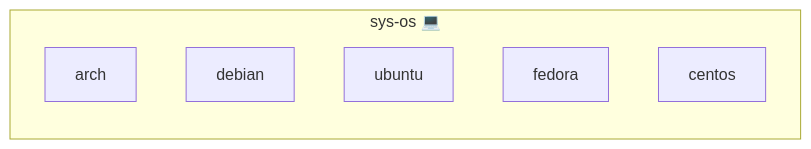
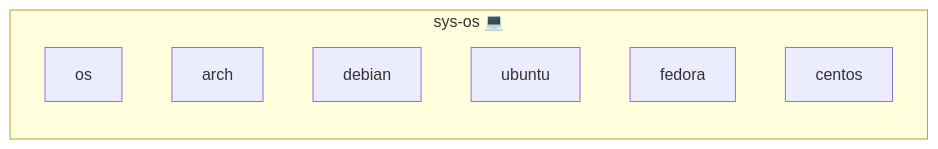
Before and after one commit to infinito-nexus/core: the diagram in roles/sys-os/README.md, drawn with Mermaid.

Commit message:
docs(sys-os): draw the primary entity in the Cosmos diagram
The README's Cosmos diagram left out the os entity that
derive_cosmos_mermaid renders, so `make docs` with --update-cosmos would
rewrite the file. The diagram now matches the generator line for line.

````diff
--- a/roles/sys-os/README.md
+++ b/roles/sys-os/README.md
@@ -15,10 +15,11 @@
 ```mermaid
 flowchart LR
     subgraph role [sys-os 💻]
+        svc_os["os"]
         svc_arch["arch"]
         svc_debian["debian"]
         svc_ubuntu["ubuntu"]
         svc_fedora["fedora"]
         svc_centos["centos"]
     end
 ```
````
